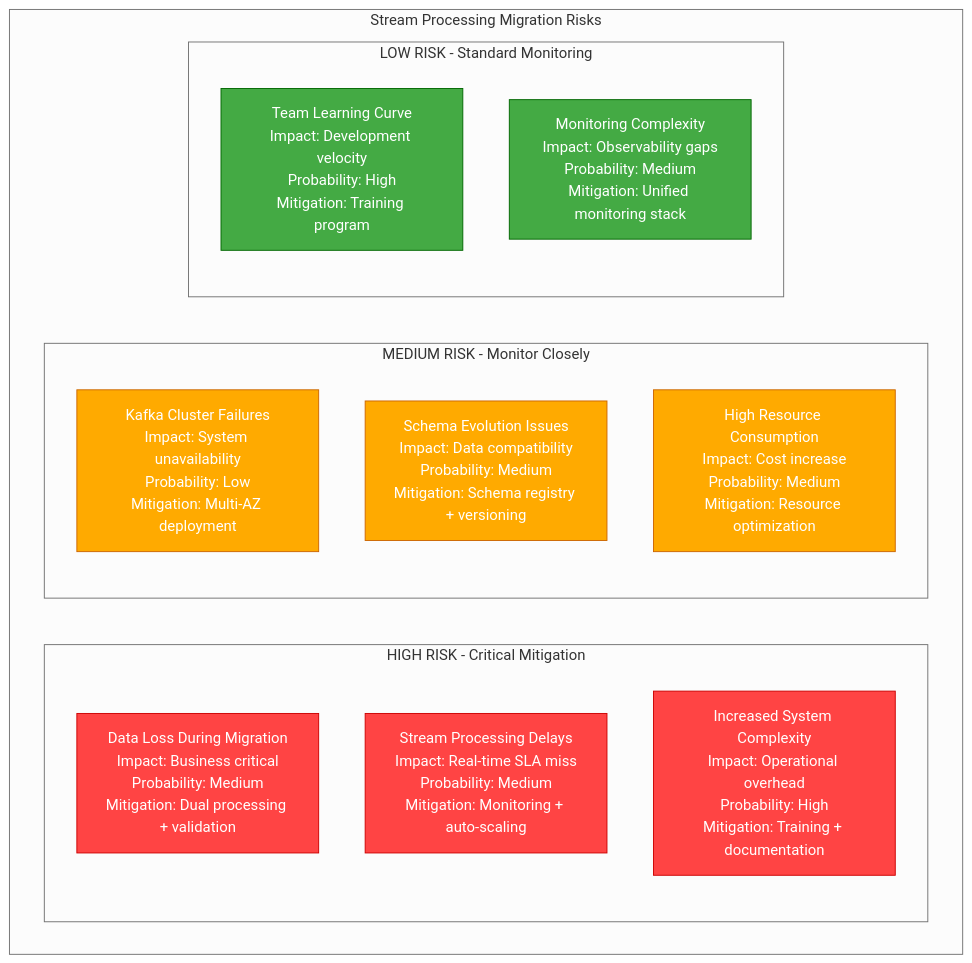
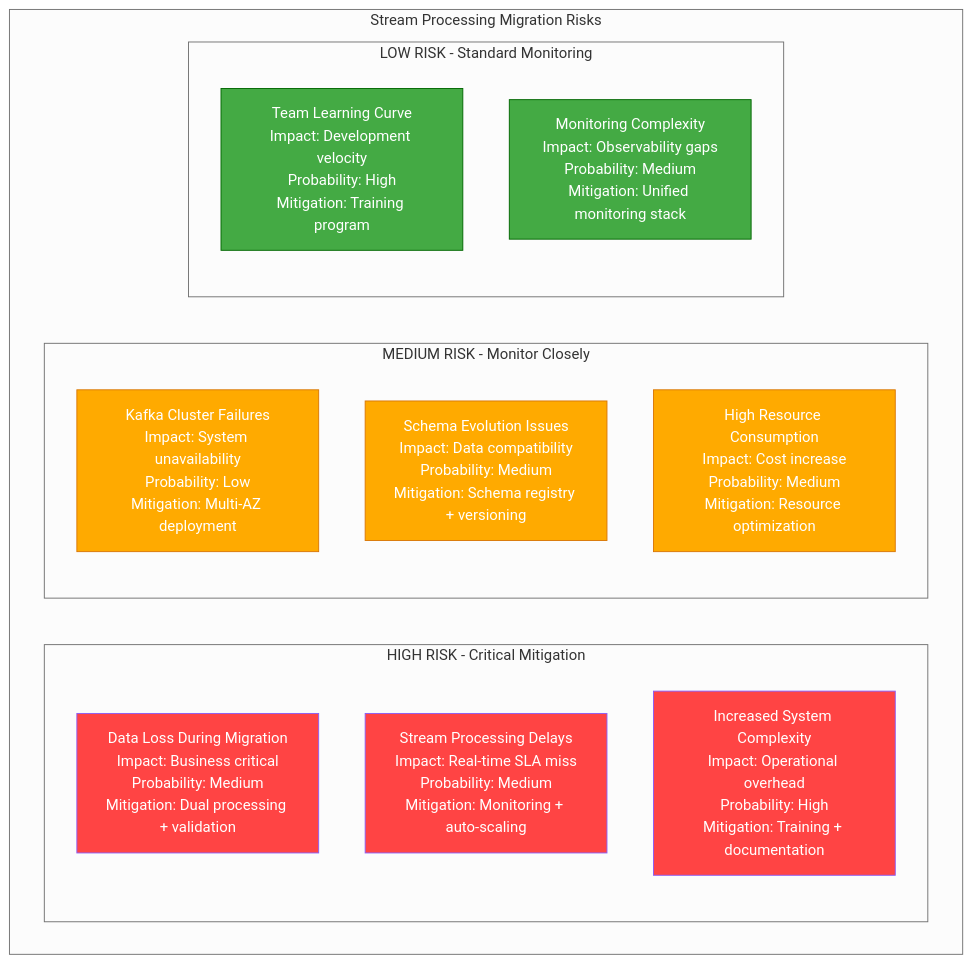
One commit to deepaucksharma/DS changed the fourth of 4 diagrams in site/docs/migrations/batch-to-stream-processing.md. Above: the diagram before and after it, drawn with Mermaid (neutral theme). The commit also changed 187 other files, not shown here.

````diff
--- a/site/docs/migrations/batch-to-stream-processing.md
+++ b/site/docs/migrations/batch-to-stream-processing.md
@@ -572,31 +572,31 @@
 ```mermaid
 graph TB
     subgraph Risks[Stream Processing Migration Risks]
 
         subgraph HighRisk[HIGH RISK - Critical Mitigation]
             DATA_LOSS[Data Loss During Migration<br/>Impact: Business critical<br/>Probability: Medium<br/>Mitigation: Dual processing + validation]
             PROCESSING_DELAYS[Stream Processing Delays<br/>Impact: Real-time SLA miss<br/>Probability: Medium<br/>Mitigation: Monitoring + auto-scaling]
             COMPLEXITY[Increased System Complexity<br/>Impact: Operational overhead<br/>Probability: High<br/>Mitigation: Training + documentation]
         end
 
         subgraph MediumRisk[MEDIUM RISK - Monitor Closely]
             KAFKA_FAILURES[Kafka Cluster Failures<br/>Impact: System unavailability<br/>Probability: Low<br/>Mitigation: Multi-AZ deployment]
             SCHEMA_EVOLUTION[Schema Evolution Issues<br/>Impact: Data compatibility<br/>Probability: Medium<br/>Mitigation: Schema registry + versioning]
             RESOURCE_CONSUMPTION[High Resource Consumption<br/>Impact: Cost increase<br/>Probability: Medium<br/>Mitigation: Resource optimization]
         end
 
         subgraph LowRisk[LOW RISK - Standard Monitoring]
             LEARNING_CURVE[Team Learning Curve<br/>Impact: Development velocity<br/>Probability: High<br/>Mitigation: Training program]
             MONITORING_COMPLEXITY[Monitoring Complexity<br/>Impact: Observability gaps<br/>Probability: Medium<br/>Mitigation: Unified monitoring stack]
         end
     end
 
     %% Risk level colors
-    classDef highRisk fill:#ff4444,stroke:#cc0000,color:#fff
-    classDef mediumRisk fill:#ffaa00,stroke:#cc6600,color:#fff
+    classDef highRisk fill:#ff4444,stroke:#8B5CF6,color:#fff
+    classDef mediumRisk fill:#ffaa00,stroke:#D97706,color:#fff
     classDef lowRisk fill:#44aa44,stroke:#006600,color:#fff
 
     class DATA_LOSS,PROCESSING_DELAYS,COMPLEXITY highRisk
     class KAFKA_FAILURES,SCHEMA_EVOLUTION,RESOURCE_CONSUMPTION mediumRisk
     class LEARNING_CURVE,MONITORING_COMPLEXITY lowRisk
 ```
````
